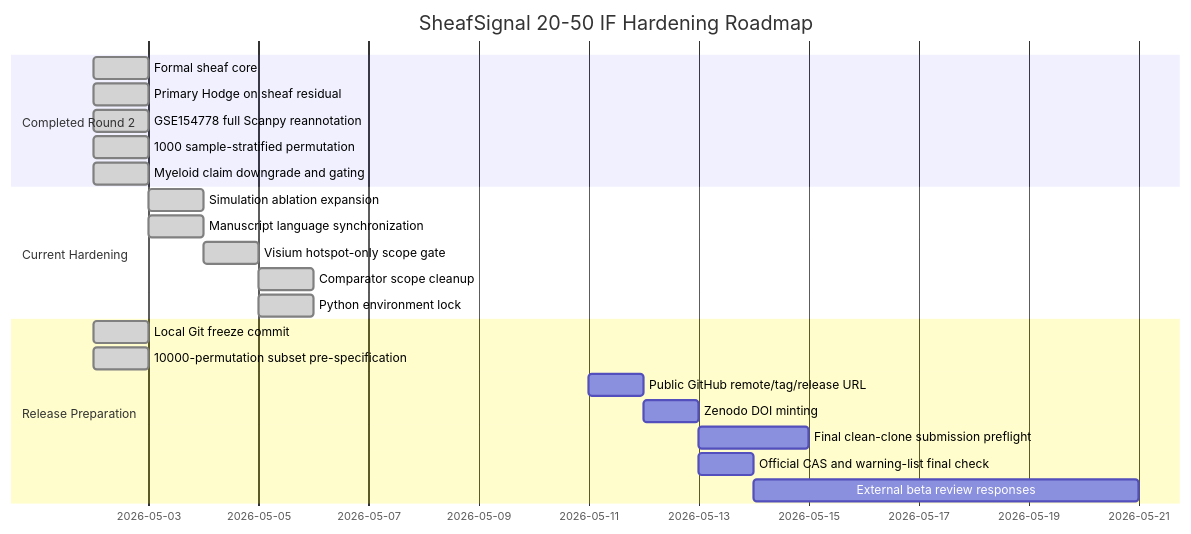
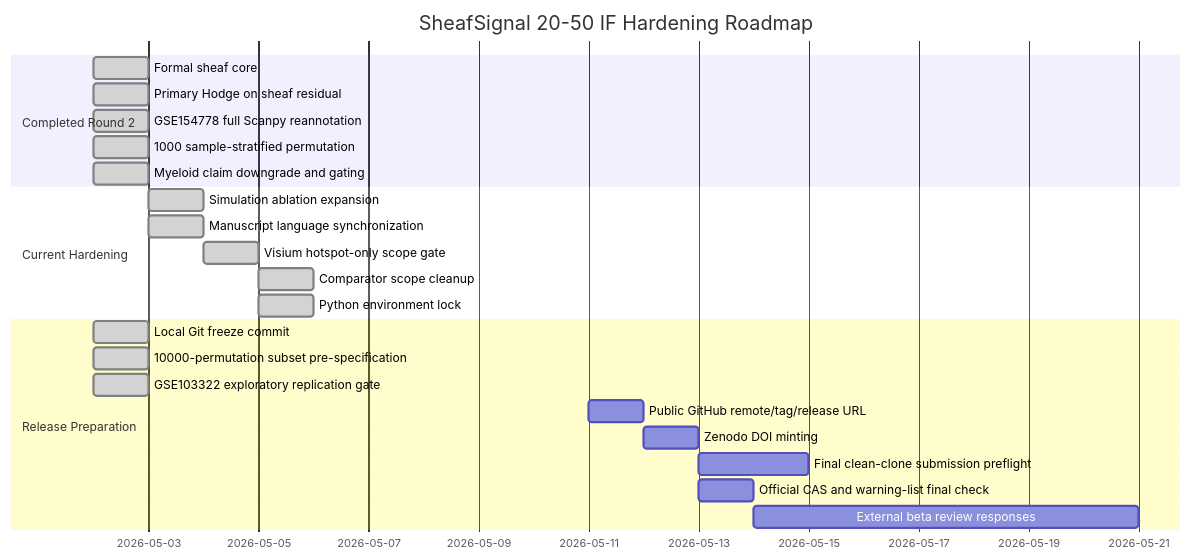
Before and after one commit to healthgreat/SheafSignal: the diagram in manuscript/SHEAFSIGNAL_STATUS_DASHBOARD_2026-05-02.md, drawn with Mermaid. The commit also changed other lines of this file and 14 other files, not shown here.

Commit message:
Add GSE103322 replication supplement gate

````diff
--- a/manuscript/SHEAFSIGNAL_STATUS_DASHBOARD_2026-05-02.md
+++ b/manuscript/SHEAFSIGNAL_STATUS_DASHBOARD_2026-05-02.md
@@ -44,28 +47,29 @@
 ```mermaid
 gantt
     title SheafSignal 20-50 IF Hardening Roadmap
     dateFormat  YYYY-MM-DD
 
     section Completed Round 2
     Formal sheaf core                           :done, 2026-05-02, 1d
     Primary Hodge on sheaf residual             :done, 2026-05-02, 1d
     GSE154778 full Scanpy reannotation          :done, 2026-05-02, 1d
     1000 sample-stratified permutation          :done, 2026-05-02, 1d
     Myeloid claim downgrade and gating          :done, 2026-05-02, 1d
 
     section Current Hardening
     Simulation ablation expansion               :done, 2026-05-03, 1d
     Manuscript language synchronization         :done, 2026-05-03, 1d
     Visium hotspot-only scope gate               :done, 2026-05-04, 1d
     Comparator scope cleanup                     :done, 2026-05-05, 1d
     Python environment lock                      :done, 2026-05-05, 1d
 
     section Release Preparation
     Local Git freeze commit                      :done, 2026-05-02, 1d
     10000-permutation subset pre-specification    :done, 2026-05-02, 1d
+    GSE103322 exploratory replication gate        :done, 2026-05-02, 1d
     Public GitHub remote/tag/release URL         :2026-05-11, 1d
     Zenodo DOI minting                           :2026-05-12, 1d
     Final clean-clone submission preflight       :2026-05-13, 2d
     Official CAS and warning-list final check    :2026-05-13, 1d
     External beta review responses               :2026-05-14, 7d
 ```
````
